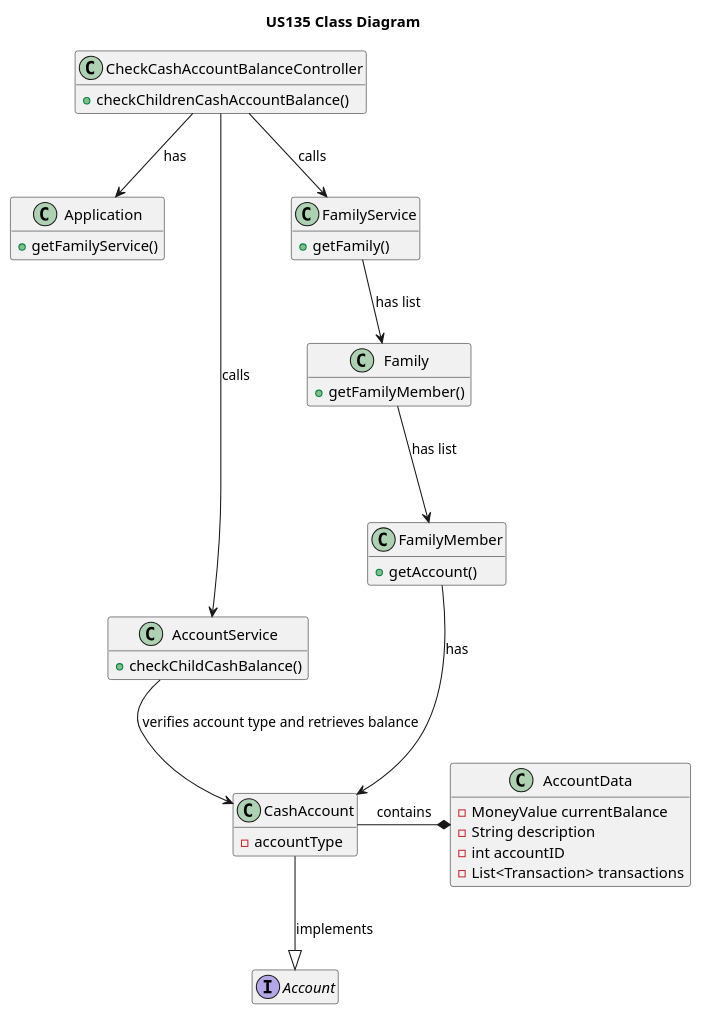
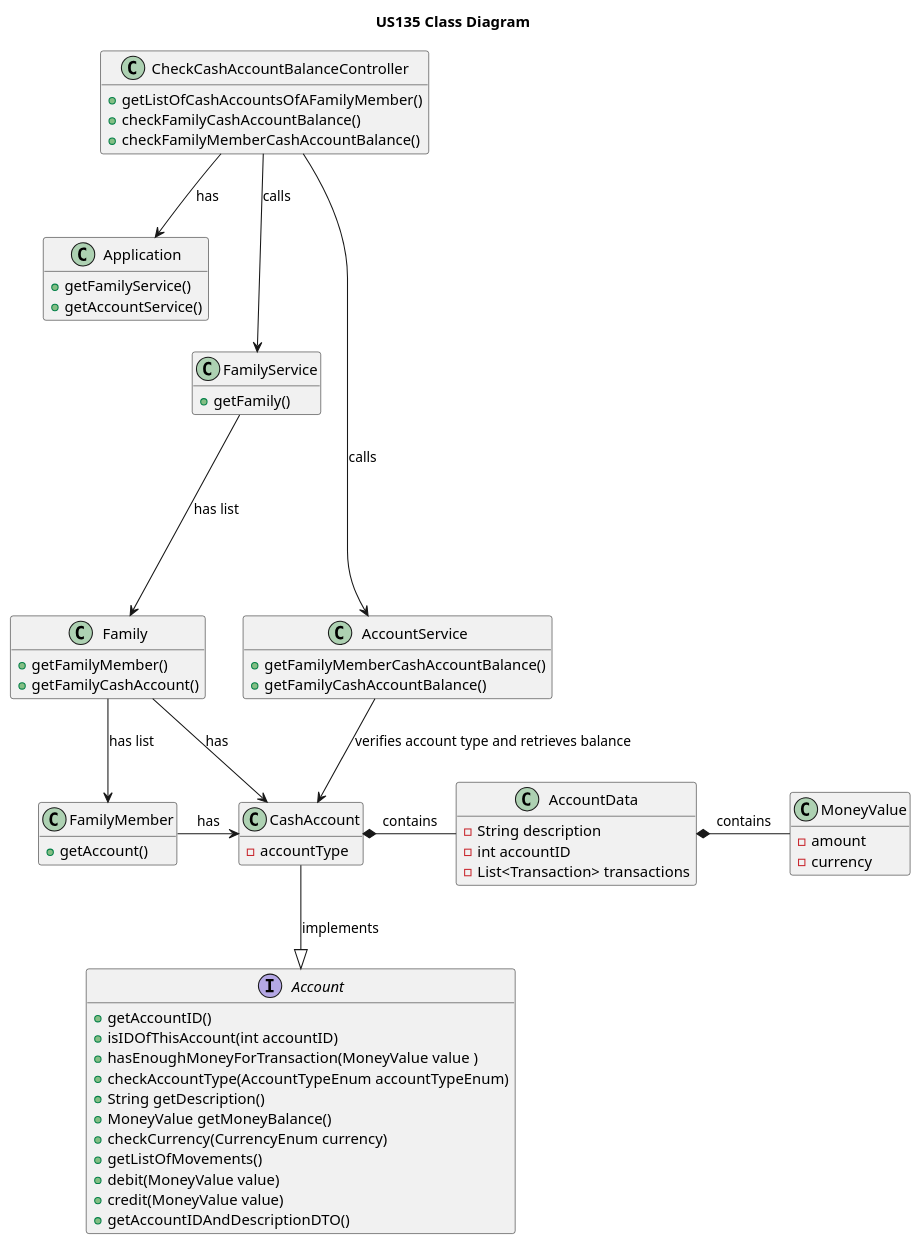
The seventh of 7 diagrams in docs/sprint2/user_stories/US135_CheckFamilyOrFamilyMemberCashAccountBalance.md (tomas-osswald/switch_2020_g3), drawn with PlantUML before and after one commit.

Commit message:
changes to us135 CD

````diff
--- a/docs/sprint2/user_stories/US135_CheckFamilyOrFamilyMemberCashAccountBalance.md
+++ b/docs/sprint2/user_stories/US135_CheckFamilyOrFamilyMemberCashAccountBalance.md
@@ -400,55 +400,77 @@
 ```puml
 
 title US135 Class Diagram
 hide empty members
 
 class CheckCashAccountBalanceController {
-+ checkChildrenCashAccountBalance()
++ getListOfCashAccountsOfAFamilyMember()
++ checkFamilyCashAccountBalance()
++ checkFamilyMemberCashAccountBalance()
 }
 
 class Application {
 + getFamilyService()
++ getAccountService()
 }
 
 class CashAccount {
 - accountType
 }
 
 class AccountData {
-- MoneyValue currentBalance
 - String description
 - int accountID
 - List<Transaction> transactions
 }
 
 
 class AccountService {
-+ checkChildCashBalance()
++ getFamilyMemberCashAccountBalance()
++ getFamilyCashAccountBalance()
 }
 
 class FamilyService {
 + getFamily()
 }
 
 class Family {
 + getFamilyMember()
++ getFamilyCashAccount()
 }
 
 class FamilyMember {
 + getAccount()
 }
 
-interface Account {}
+interface Account {
++ getAccountID()
++ isIDOfThisAccount(int accountID)
++ hasEnoughMoneyForTransaction(MoneyValue value )
++ checkAccountType(AccountTypeEnum accountTypeEnum)
++ String getDescription()
++ MoneyValue getMoneyBalance()
++ checkCurrency(CurrencyEnum currency)
++ getListOfMovements()
++ debit(MoneyValue value)
++ credit(MoneyValue value)
++ getAccountIDAndDescriptionDTO()
+}
+
+class MoneyValue {
+- amount
+- currency
+}
 
 CheckCashAccountBalanceController --> Application : has
 
 CheckCashAccountBalanceController -----> AccountService : calls
 CheckCashAccountBalanceController --> FamilyService : calls
 FamilyService --> Family : has list
 Family --> FamilyMember : has list
+Family --> CashAccount : has
 FamilyMember -> CashAccount : has
 CashAccount --|> Account : implements
-CashAccount -* AccountData : contains
-
+CashAccount *- AccountData : contains
+AccountData *- MoneyValue : contains
 AccountService --> CashAccount : verifies account type and retrieves balance
 ```
````
